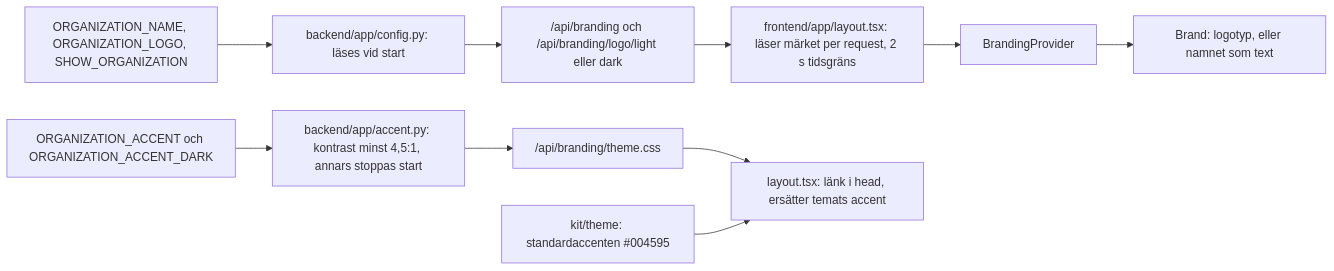
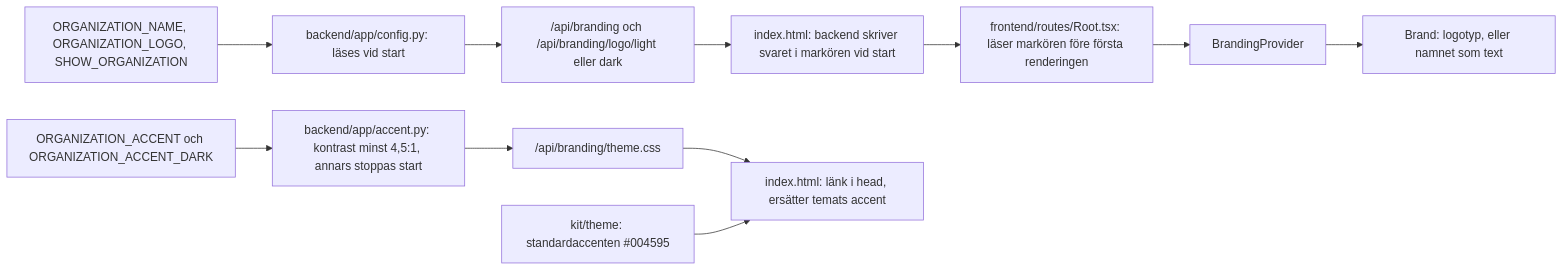
One commit to eneo-ai/eneo-mod-speech-to-text changed the eighth of 8 diagrams in docs/architecture.md. Above: the diagram before and after it, drawn with Mermaid. The commit also changed other lines of this file and 3 other files, not shown here.

````diff
--- a/docs/architecture.md
+++ b/docs/architecture.md
@@ -185,12 +185,13 @@
 ```mermaid
 flowchart LR
     env["ORGANIZATION_NAME, ORGANIZATION_LOGO, SHOW_ORGANIZATION"] --> cfg["backend/app/config.py: läses vid start"]
     envA["ORGANIZATION_ACCENT och ORGANIZATION_ACCENT_DARK"] --> acc["backend/app/accent.py: kontrast minst 4,5:1, annars stoppas start"]
     cfg --> api["/api/branding och /api/branding/logo/light eller dark"]
     acc --> css["/api/branding/theme.css"]
-    api --> layout["frontend/app/layout.tsx: läser märket per request, 2 s tidsgräns"]
+    api --> marker["index.html: backend skriver svaret i markören vid start"]
+    marker --> layout["frontend/routes/Root.tsx: läser markören före första renderingen"]
     layout --> ctx["BrandingProvider"]
     ctx --> mark["Brand: logotyp, eller namnet som text"]
-    css --> head["layout.tsx: länk i head, ersätter temats accent"]
+    css --> head["index.html: länk i head, ersätter temats accent"]
     theme["kit/theme: standardaccenten #004595"] --> head
 ```
````
